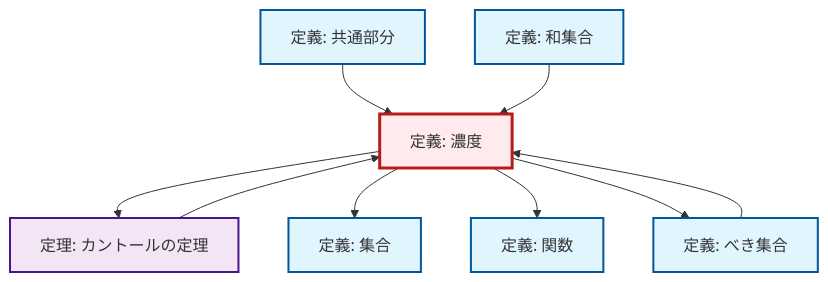
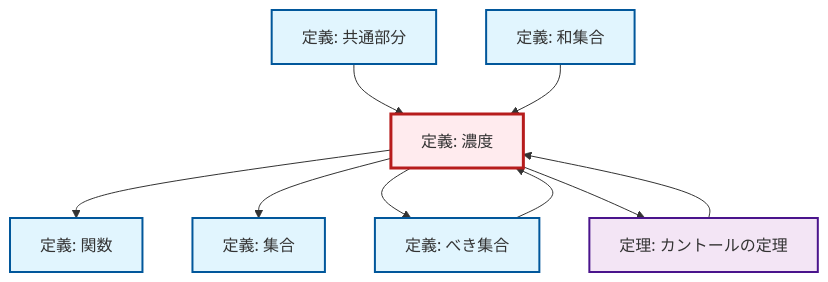
Before and after one commit to RK0429/ModernMath: the diagram in content/ja/logic-set-theory/def-cardinality.qmd, drawn with Mermaid. The commit also changed other lines of this file and 1012 other files, not shown here.

````diff
--- a/content/ja/logic-set-theory/def-cardinality.qmd
+++ b/content/ja/logic-set-theory/def-cardinality.qmd
@@ -86,31 +86,31 @@
 ```{mermaid}
 %%| fig-cap: "Local dependency graph"
 graph TD
     classDef definition fill:#e1f5fe,stroke:#01579b,stroke-width:2px
     classDef theorem fill:#f3e5f5,stroke:#4a148c,stroke-width:2px
     classDef axiom fill:#fff3e0,stroke:#e65100,stroke-width:2px
     classDef example fill:#e8f5e9,stroke:#1b5e20,stroke-width:2px
     classDef current fill:#ffebee,stroke:#b71c1c,stroke-width:3px
     def-union["定義: 和集合"]:::definition
     def-set["定義: 集合"]:::definition
+    def-intersection["定義: 共通部分"]:::definition
     def-function["定義: 関数"]:::definition
     def-cardinality["定義: 濃度"]:::definition
     thm-cantor["定理: カントールの定理"]:::theorem
-    def-intersection["定義: 共通部分"]:::definition
     def-power-set["定義: べき集合"]:::definition
-    thm-cantor --> def-cardinality
+    def-cardinality --> def-function
     def-power-set --> def-cardinality
     def-intersection --> def-cardinality
     def-union --> def-cardinality
+    def-cardinality --> def-set
+    def-cardinality --> def-power-set
     def-cardinality --> thm-cantor
-    def-cardinality --> def-set
-    def-cardinality --> def-function
-    def-cardinality --> def-power-set
+    thm-cantor --> def-cardinality
     class def-cardinality current
     click def-union "def-union.html" "和集合の定義へ"
     click def-set "def-set.html" "集合の定義へ"
+    click def-intersection "def-intersection.html" "共通部分の定義へ"
     click def-function "def-function.html" "関数の定義へ"
     click thm-cantor "thm-cantor.html" "カントールの定理の定理へ"
-    click def-intersection "def-intersection.html" "共通部分の定義へ"
     click def-power-set "def-power-set.html" "べき集合の定義へ"
 ```
````
